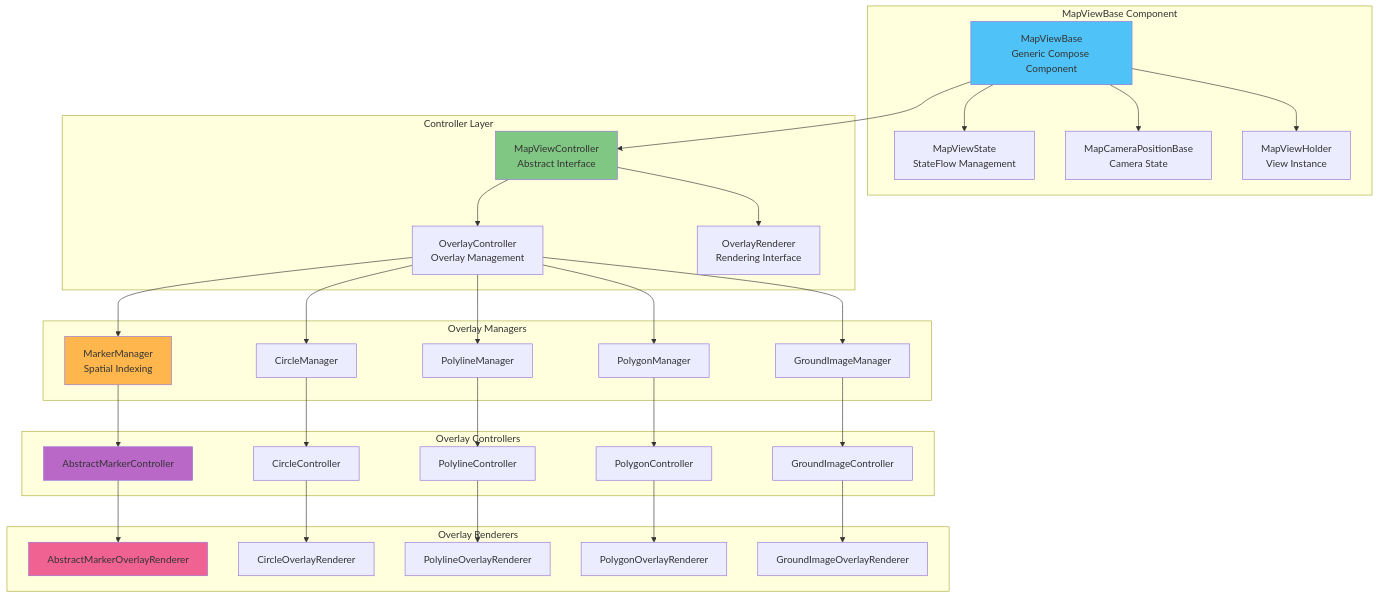
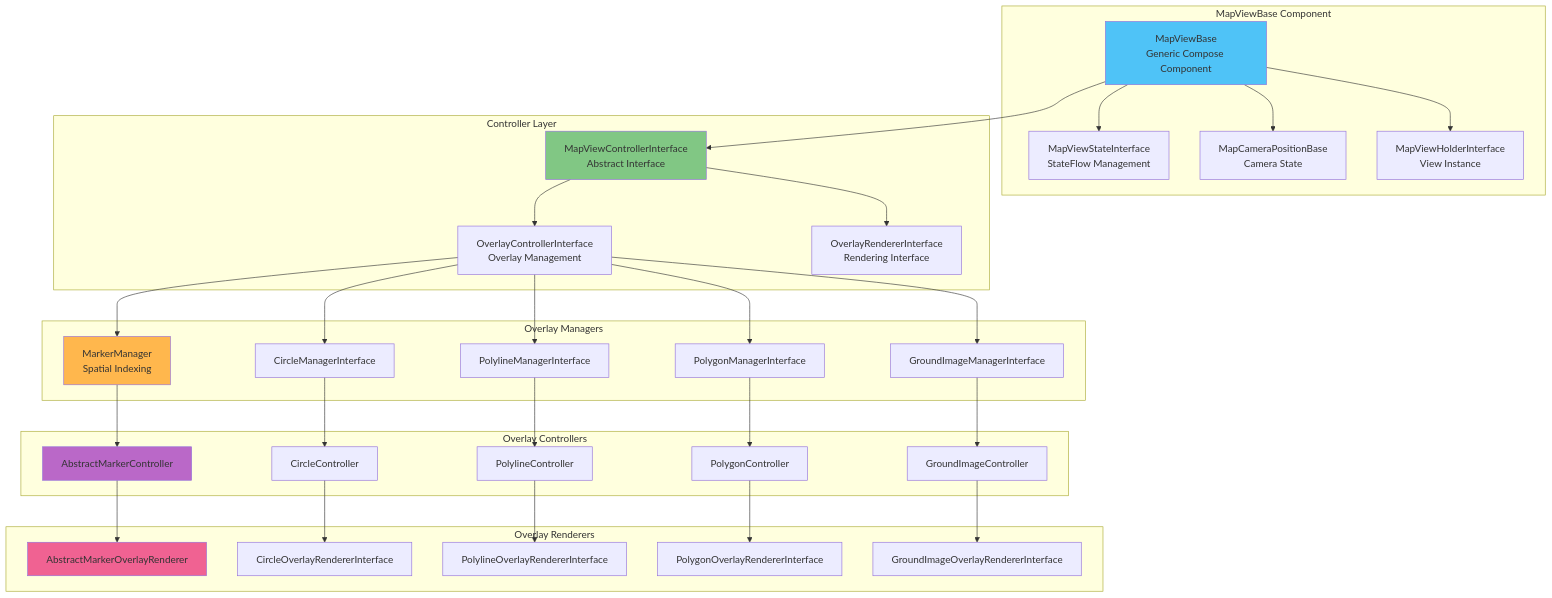
One commit to MapConductor/android-sdk changed the third of 11 diagrams in ARCHITECTURE.md. Above: the diagram before and after it, drawn with Mermaid. The commit also changed other lines of this file and 596 other files, not shown here.

````diff
--- a/ARCHITECTURE.md
+++ b/ARCHITECTURE.md
@@ -157,71 +157,71 @@
 ```mermaid
 graph TB
     subgraph MapViewBase Component
         MVB[MapViewBase<br/>Generic Compose Component]
-        STATE[MapViewState<br/>StateFlow Management]
+        STATE[MapViewStateInterface<br/>StateFlow Management]
         CAMERA[MapCameraPositionBase<br/>Camera State]
-        HOLDER[MapViewHolder<br/>View Instance]
+        HOLDER[MapViewHolderInterface<br/>View Instance]
     end
 
     subgraph Controller Layer
-        MVC[MapViewController<br/>Abstract Interface]
-        OVERLAY[OverlayController<br/>Overlay Management]
-        RENDERER[OverlayRenderer<br/>Rendering Interface]
+        MVC[MapViewControllerInterface<br/>Abstract Interface]
+        OVERLAY[OverlayControllerInterface<br/>Overlay Management]
+        RENDERER[OverlayRendererInterface<br/>Rendering Interface]
     end
 
     subgraph Overlay Managers
         MARKER_MGR[MarkerManager<br/>Spatial Indexing]
-        CIRCLE_MGR[CircleManager]
-        POLYLINE_MGR[PolylineManager]
-        POLYGON_MGR[PolygonManager]
-        GROUND_MGR[GroundImageManager]
+        CIRCLE_MGR[CircleManagerInterface]
+        POLYLINE_MGR[PolylineManagerInterface]
+        POLYGON_MGR[PolygonManagerInterface]
+        GROUND_MGR[GroundImageManagerInterface]
     end
 
     subgraph Overlay Controllers
         MARKER_CTRL[AbstractMarkerController]
         CIRCLE_CTRL[CircleController]
         POLYLINE_CTRL[PolylineController]
         POLYGON_CTRL[PolygonController]
         GROUND_CTRL[GroundImageController]
     end
 
     subgraph Overlay Renderers
         MARKER_RENDER[AbstractMarkerOverlayRenderer]
-        CIRCLE_RENDER[CircleOverlayRenderer]
-        POLYLINE_RENDER[PolylineOverlayRenderer]
-        POLYGON_RENDER[PolygonOverlayRenderer]
-        GROUND_RENDER[GroundImageOverlayRenderer]
+        CIRCLE_RENDER[CircleOverlayRendererInterface]
+        POLYLINE_RENDER[PolylineOverlayRendererInterface]
+        POLYGON_RENDER[PolygonOverlayRendererInterface]
+        GROUND_RENDER[GroundImageOverlayRendererInterface]
     end
 
     MVB --> STATE
     MVB --> CAMERA
     MVB --> HOLDER
     MVB --> MVC
 
     MVC --> OVERLAY
     MVC --> RENDERER
 
     OVERLAY --> MARKER_MGR
     OVERLAY --> CIRCLE_MGR
     OVERLAY --> POLYLINE_MGR
     OVERLAY --> POLYGON_MGR
     OVERLAY --> GROUND_MGR
 
     MARKER_MGR --> MARKER_CTRL
     CIRCLE_MGR --> CIRCLE_CTRL
     POLYLINE_MGR --> POLYLINE_CTRL
     POLYGON_MGR --> POLYGON_CTRL
     GROUND_MGR --> GROUND_CTRL
 
     MARKER_CTRL --> MARKER_RENDER
     CIRCLE_CTRL --> CIRCLE_RENDER
     POLYLINE_CTRL --> POLYLINE_RENDER
     POLYGON_CTRL --> POLYGON_RENDER
     GROUND_CTRL --> GROUND_RENDER
 
     style MVB fill:#4fc3f7
     style MVC fill:#81c784
     style MARKER_MGR fill:#ffb74d
     style MARKER_CTRL fill:#ba68c8
     style MARKER_RENDER fill:#f06292
 ```
````
